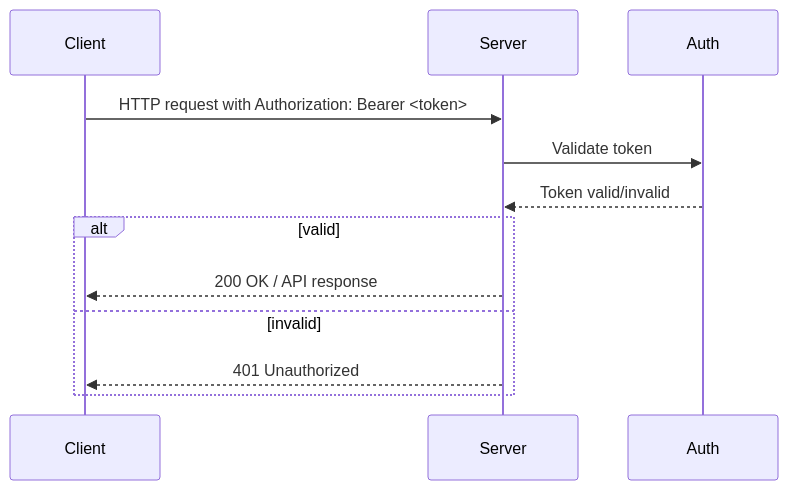
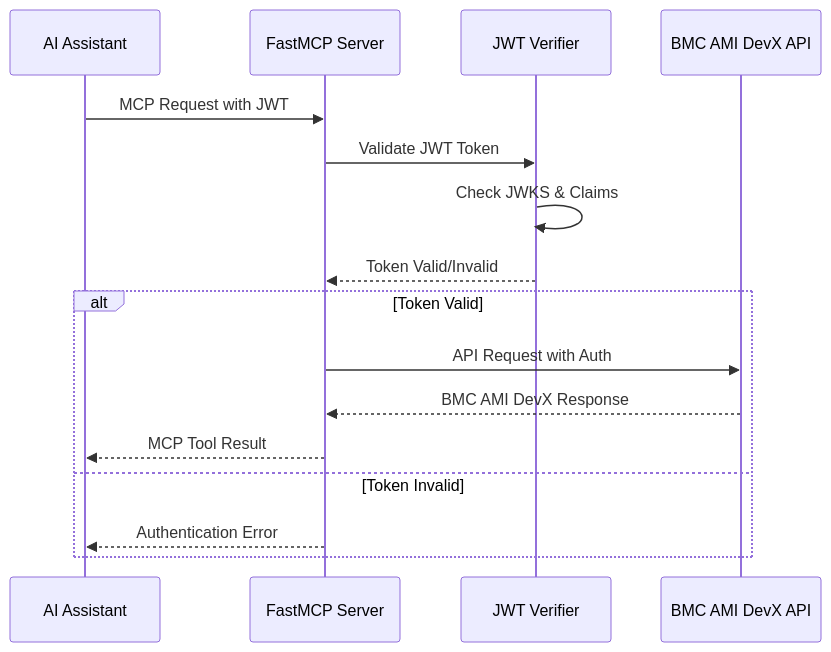
One commit to markbsigler/CodePipeline-FastMCP changed the second of 4 diagrams in README.md. Above: the diagram before and after it, drawn with Mermaid. The commit also changed other lines of this file and 1 other file, not shown here.

````diff
--- a/README.md
+++ b/README.md
@@ -160,14 +240,19 @@
 ```mermaid
 sequenceDiagram
-    participant Client
-    participant Server
-    participant Auth
-    Client->>Server: HTTP request with Authorization: Bearer <token>
-    Server->>Auth: Validate token
-    Auth-->>Server: Token valid/invalid
-    alt valid
-        Server-->>Client: 200 OK / API response
-    else invalid
-        Server-->>Client: 401 Unauthorized
+    participant Client as AI Assistant
+    participant Server as FastMCP Server
+    participant Auth as JWT Verifier
+    participant API as BMC AMI DevX API
+
+    Client->>Server: MCP Request with JWT
+    Server->>Auth: Validate JWT Token
+    Auth->>Auth: Check JWKS & Claims
+    Auth-->>Server: Token Valid/Invalid
+    alt Token Valid
+        Server->>API: API Request with Auth
+        API-->>Server: BMC AMI DevX Response
+        Server-->>Client: MCP Tool Result
+    else Token Invalid
+        Server-->>Client: Authentication Error
     end
 ```
````
